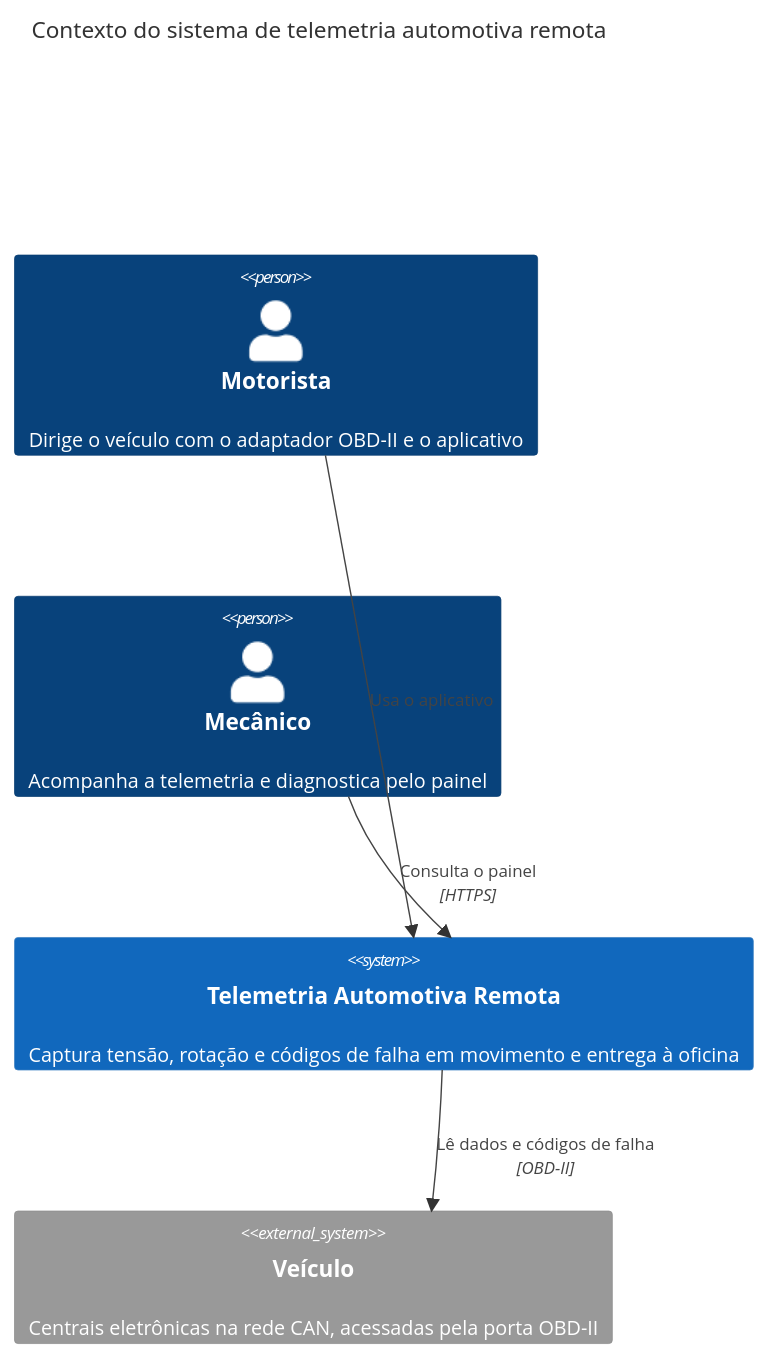
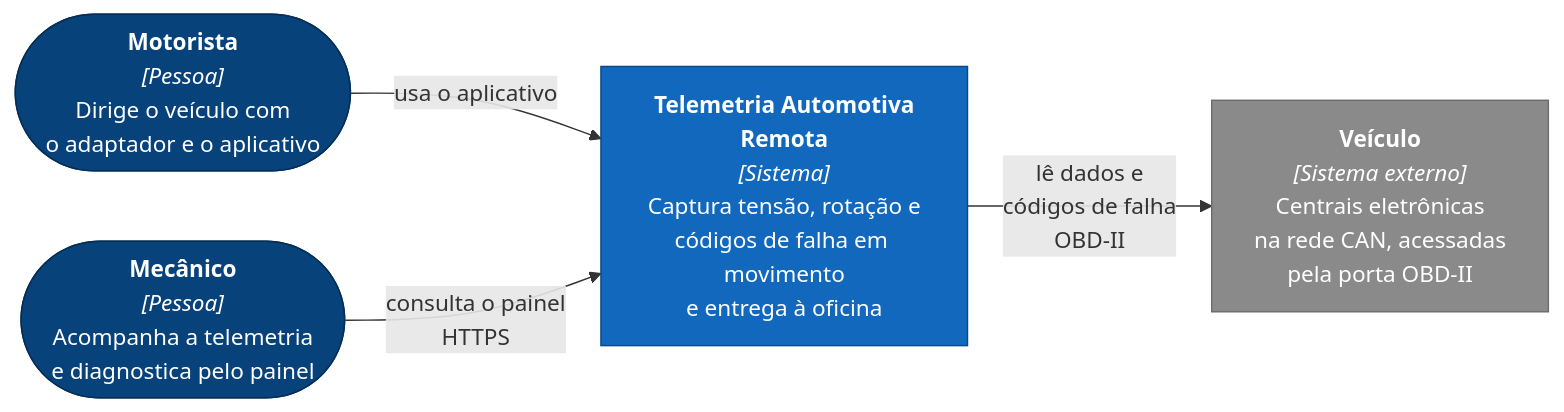
The first of 6 diagrams in README.md (SamuelMorsch/telemetria-api), drawn with Mermaid before and after one commit. The commit also changed other lines of this file, not shown here.

Commit message:
docs: refaz diagramas C4 como fluxogramas e simplifica o de requisitos

````diff
--- a/README.md
+++ b/README.md
@@ -54,11 +54,15 @@
 ```mermaid
-C4Context
-    title Contexto do sistema de telemetria automotiva remota
-    Person(motorista, "Motorista", "Dirige o veículo com o adaptador OBD-II e o aplicativo")
-    Person(mecanico, "Mecânico", "Acompanha a telemetria e diagnostica pelo painel")
-    System(sistema, "Telemetria Automotiva Remota", "Captura tensão, rotação e códigos de falha em movimento e entrega à oficina")
-    System_Ext(veiculo, "Veículo", "Centrais eletrônicas na rede CAN, acessadas pela porta OBD-II")
-    Rel(motorista, sistema, "Usa o aplicativo")
-    Rel(mecanico, sistema, "Consulta o painel", "HTTPS")
-    Rel(sistema, veiculo, "Lê dados e códigos de falha", "OBD-II")
+flowchart LR
+    motorista(["<b>Motorista</b><br/><i>[Pessoa]</i><br/>Dirige o veículo com<br/>o adaptador e o aplicativo"]):::pessoa
+    mecanico(["<b>Mecânico</b><br/><i>[Pessoa]</i><br/>Acompanha a telemetria<br/>e diagnostica pelo painel"]):::pessoa
+    sistema["<b>Telemetria Automotiva<br/>Remota</b><br/><i>[Sistema]</i><br/>Captura tensão, rotação e<br/>códigos de falha em movimento<br/>e entrega à oficina"]:::sistema
+    veiculo["<b>Veículo</b><br/><i>[Sistema externo]</i><br/>Centrais eletrônicas<br/>na rede CAN, acessadas<br/>pela porta OBD-II"]:::externo
+
+    motorista -->|"usa o aplicativo"| sistema
+    mecanico -->|"consulta o painel<br/>HTTPS"| sistema
+    sistema -->|"lê dados e<br/>códigos de falha<br/>OBD-II"| veiculo
+
+    classDef pessoa fill:#08427b,stroke:#052e56,color:#ffffff
+    classDef sistema fill:#1168bd,stroke:#0b4884,color:#ffffff
+    classDef externo fill:#8a8a8a,stroke:#6b6b6b,color:#ffffff
 ```
````
